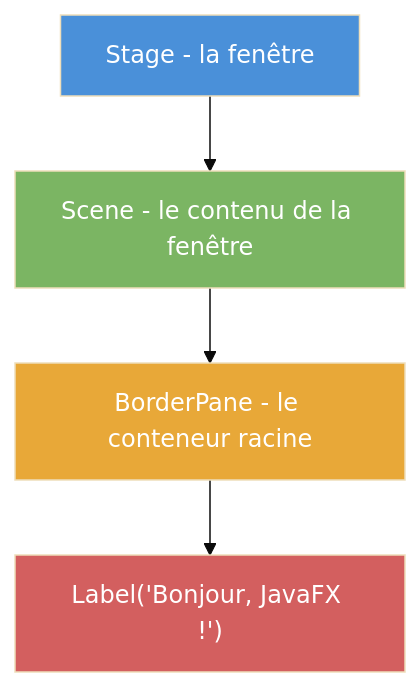
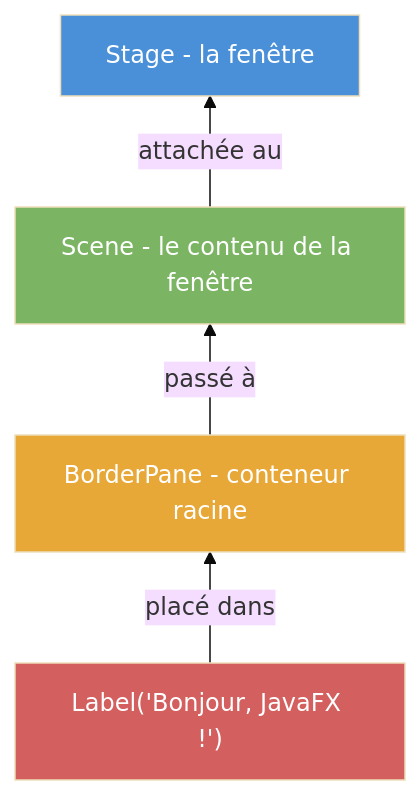
One commit to IUTInfoAix-R202-2026/tp1-Chtioui-1 changed the first of 2 diagrams in README.md. Above: the diagram before and after it, drawn with Mermaid (base theme). The commit also changed other lines of this file, not shown here.

Commit message:
docs(tp1): diagramme Mermaid exercice 3 inversé (sens de construction)

````diff
--- a/README.md
+++ b/README.md
@@ -551,11 +551,11 @@
 ```mermaid
-graph TD
-    A[Stage - la fenêtre] --> B[Scene - le contenu de la fenêtre]
-    B --> C[BorderPane - le conteneur racine]
-    C --> D["Label('Bonjour, JavaFX !')"]
+graph BT
+    D["Label('Bonjour, JavaFX !')"] -- "placé dans" --> C[BorderPane - conteneur racine]
+    C -- "passé à" --> B[Scene - le contenu de la fenêtre]
+    B -- "attachée au" --> A[Stage - la fenêtre]
     
     style A fill:#4a90d9,color:white
     style B fill:#7bb563,color:white
     style C fill:#e8a838,color:white
     style D fill:#d35f5f,color:white
 ```
````
